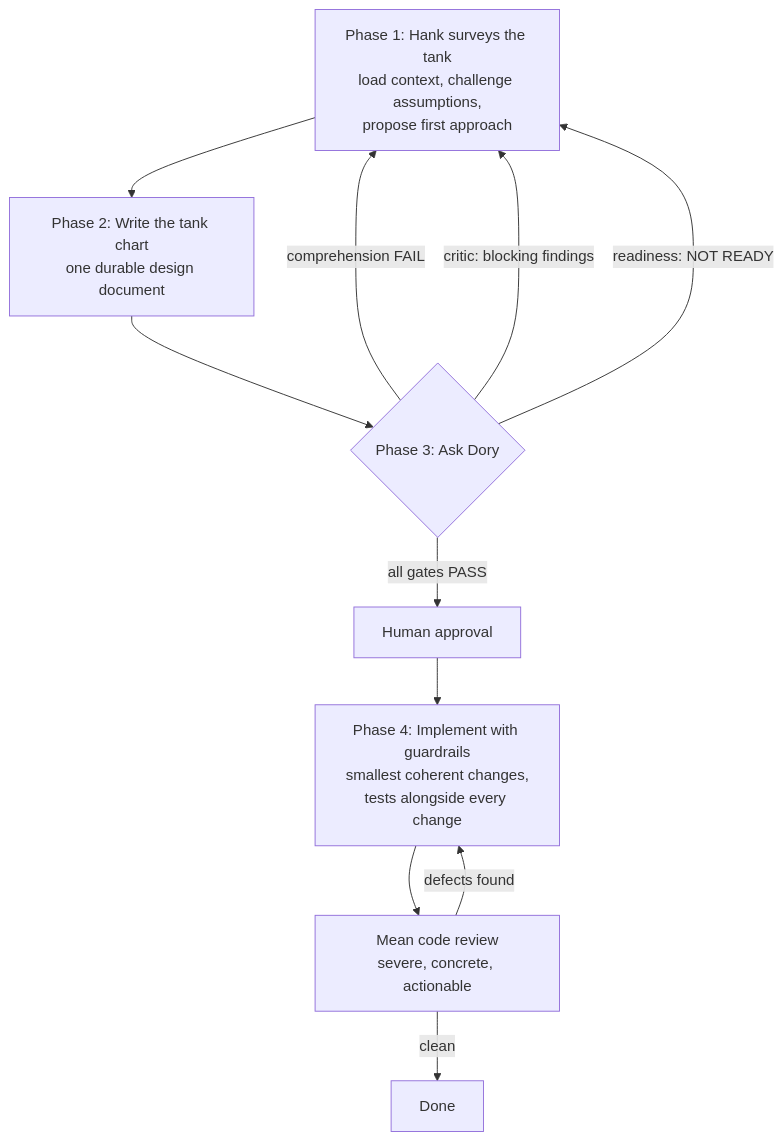
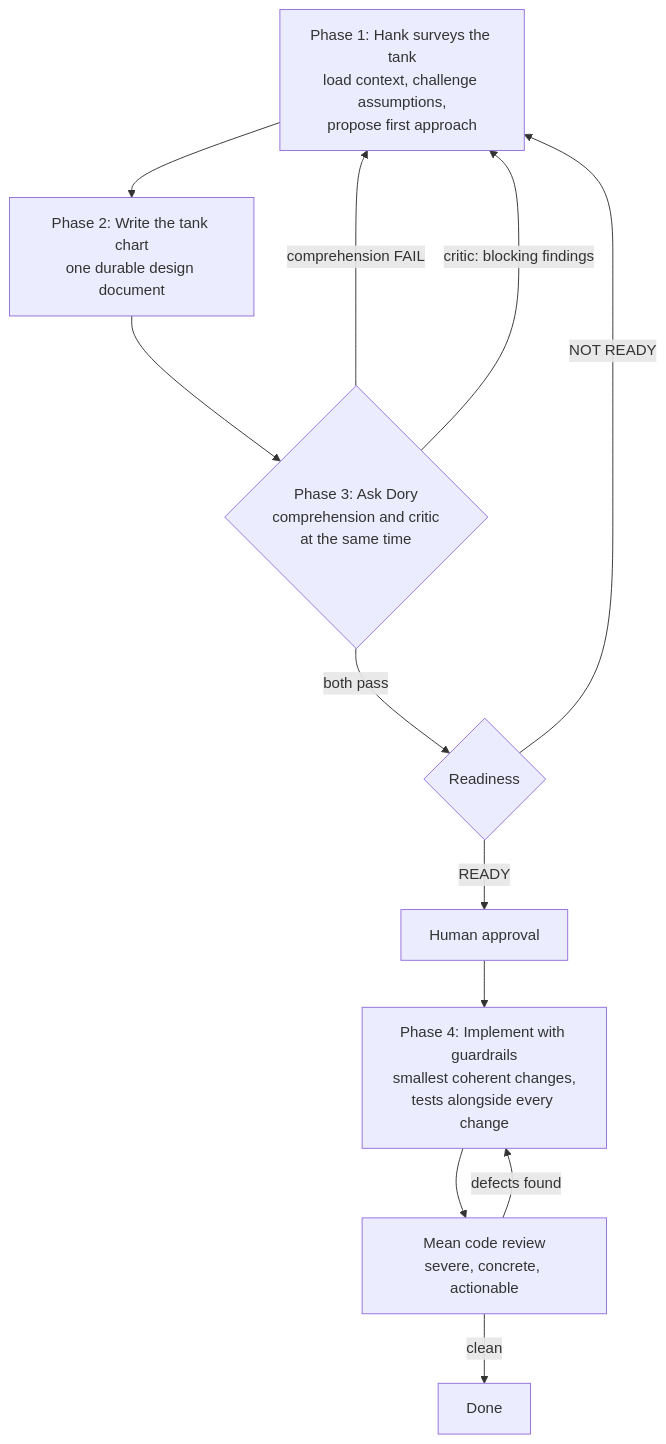
The diagram in README.md (ajaxdude/HankNDory), drawn with Mermaid before and after one commit. The commit also changed other lines of this file and 3 other files, not shown here.

First line of the commit message:
HankNDory 1.4: faster Dory phases with the same gates

````diff
--- a/README.md
+++ b/README.md
@@ -47,13 +51,14 @@
 ```mermaid
 flowchart TD
     A[Phase 1: Hank surveys the tank<br/>load context, challenge assumptions,<br/>propose first approach] --> B[Phase 2: Write the tank chart<br/>one durable design document]
-    B --> C{Phase 3: Ask Dory}
+    B --> C{Phase 3: Ask Dory<br/>comprehension and critic<br/>at the same time}
     C -->|comprehension FAIL| A
     C -->|critic: blocking findings| A
-    C -->|readiness: NOT READY| A
-    C -->|all gates PASS| D[Human approval]
+    C -->|both pass| R{Readiness}
+    R -->|NOT READY| A
+    R -->|READY| D[Human approval]
     D --> E[Phase 4: Implement with guardrails<br/>smallest coherent changes,<br/>tests alongside every change]
     E --> F[Mean code review<br/>severe, concrete, actionable]
     F -->|defects found| E
     F -->|clean| G[Done]
 ```
````
